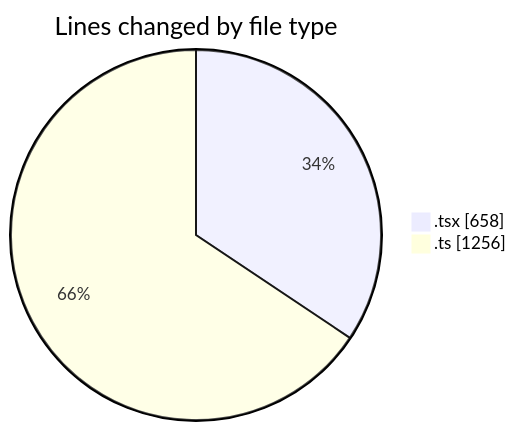
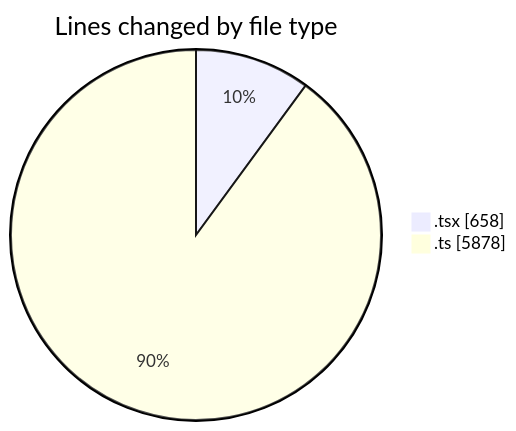
The first of 2 diagrams in 2025-09-22/cda/README.md (momahboobian/code-tracking), drawn with Mermaid before and after one commit. The commit also changed other lines of this file and 1 other file, not shown here.

````diff
--- a/2025-09-22/cda/README.md
+++ b/2025-09-22/cda/README.md
@@ -24,6 +26,6 @@
 ```mermaid
 pie showData
 title Lines changed by file type
 ".tsx" : 658
-".ts" : 1256
+".ts" : 5878
 ```
````
